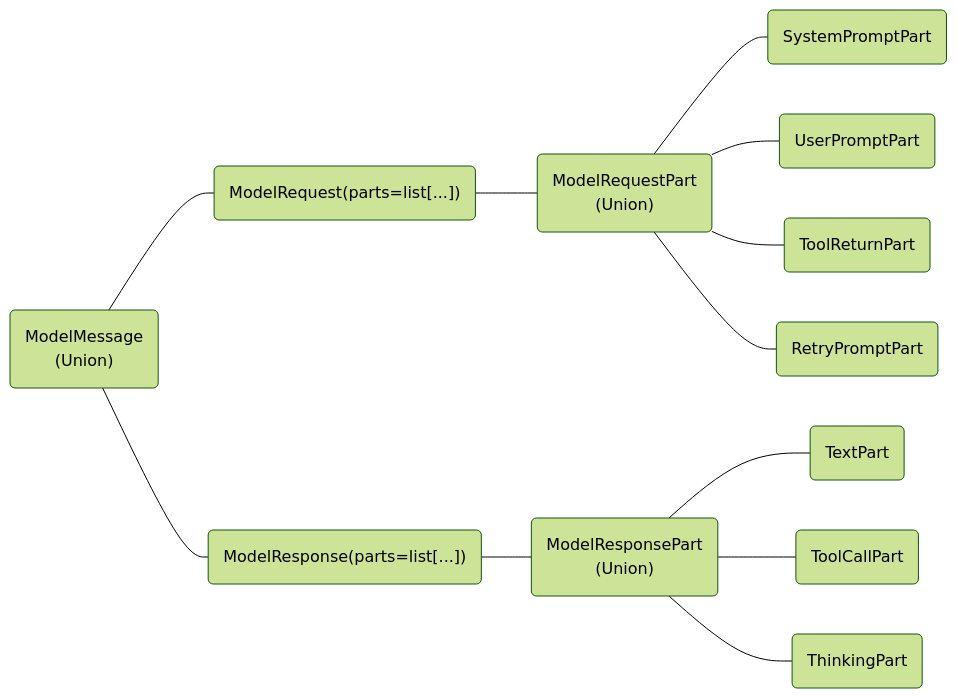
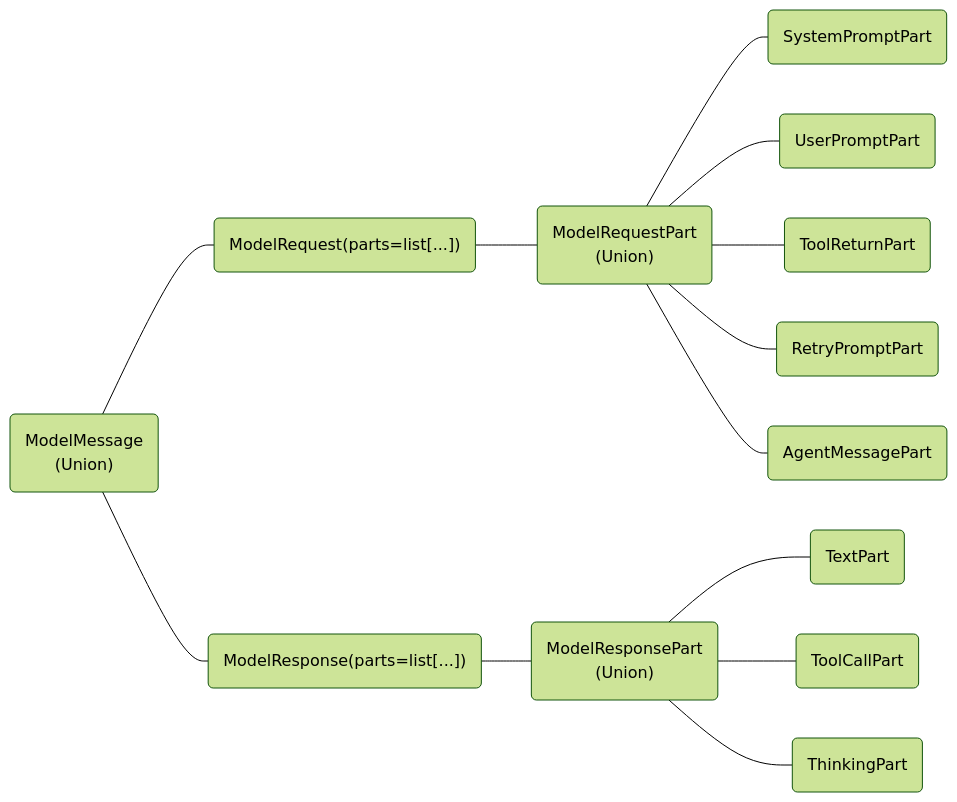
Before and after one commit to pydantic/pydantic-ai: the diagram in docs/api/messages.md, drawn with Mermaid (forest theme). The commit also changed 18 other files, not shown here.

Commit message:
Add AgentMessagePart message type for inter-agent communication

````diff
--- a/docs/api/messages.md
+++ b/docs/api/messages.md
@@ -5,14 +5,15 @@
 ```mermaid
 graph RL
     SystemPromptPart(SystemPromptPart) --- ModelRequestPart
     UserPromptPart(UserPromptPart) --- ModelRequestPart
     ToolReturnPart(ToolReturnPart) --- ModelRequestPart
     RetryPromptPart(RetryPromptPart) --- ModelRequestPart
+    AgentMessagePart(AgentMessagePart) --- ModelRequestPart
     TextPart(TextPart) --- ModelResponsePart
     ToolCallPart(ToolCallPart) --- ModelResponsePart
     ThinkingPart(ThinkingPart) --- ModelResponsePart
     ModelRequestPart("ModelRequestPart<br>(Union)") --- ModelRequest
     ModelRequest("ModelRequest(parts=list[...])") --- ModelMessage
     ModelResponsePart("ModelResponsePart<br>(Union)") --- ModelResponse
     ModelResponse("ModelResponse(parts=list[...])") --- ModelMessage("ModelMessage<br>(Union)")
 ```
````
